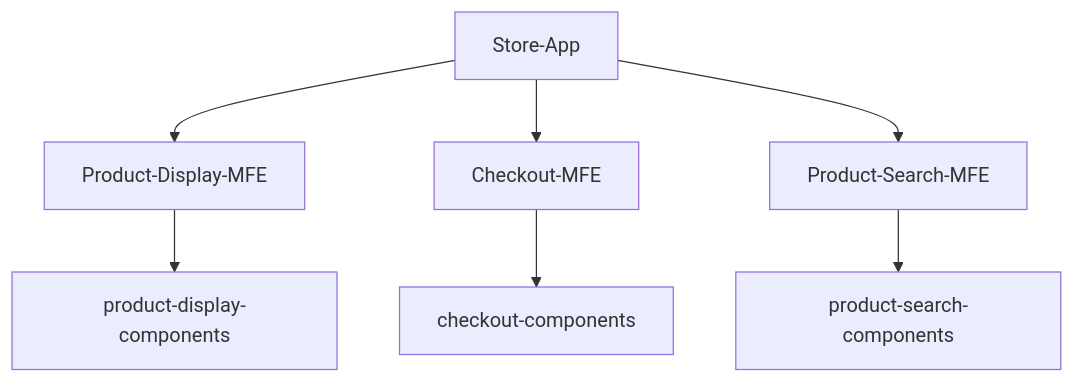
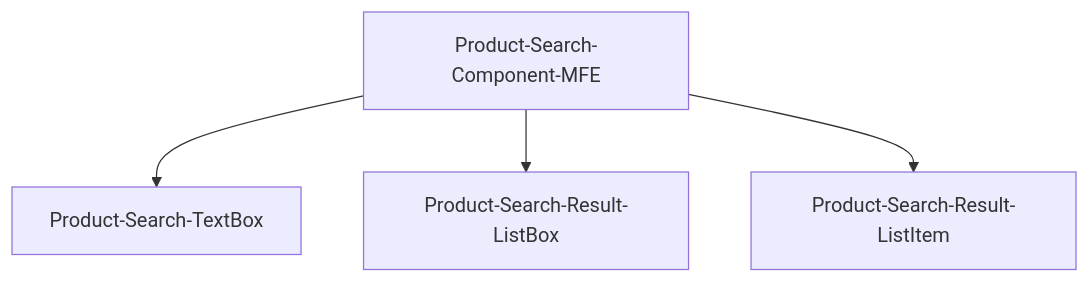
Before and after one commit to jakehova/knowledgedump: the fourth of 4 diagrams in tech/architecture/micro-front-end/micro-front-end.md, drawn with Mermaid. The commit also changed other lines of this file, not shown here.

````diff
--- a/tech/architecture/micro-front-end/micro-front-end.md
+++ b/tech/architecture/micro-front-end/micro-front-end.md
@@ -29,9 +45,6 @@
 ```mermaid
     graph TD;
-        Store-App-->Product-Display-MFE;
-        Product-Display-MFE-->product-display-components;
-        Store-App-->Checkout-MFE;
-        Checkout-MFE-->checkout-components;
-        Store-App-->Product-Search-MFE;
-        Product-Search-MFE-->product-search-components;
+        Product-Search-Component-MFE-->Product-Search-TextBox;
+        Product-Search-Component-MFE-->Product-Search-Result-ListBox;
+        Product-Search-Component-MFE-->Product-Search-Result-ListItem;
 ```
````
